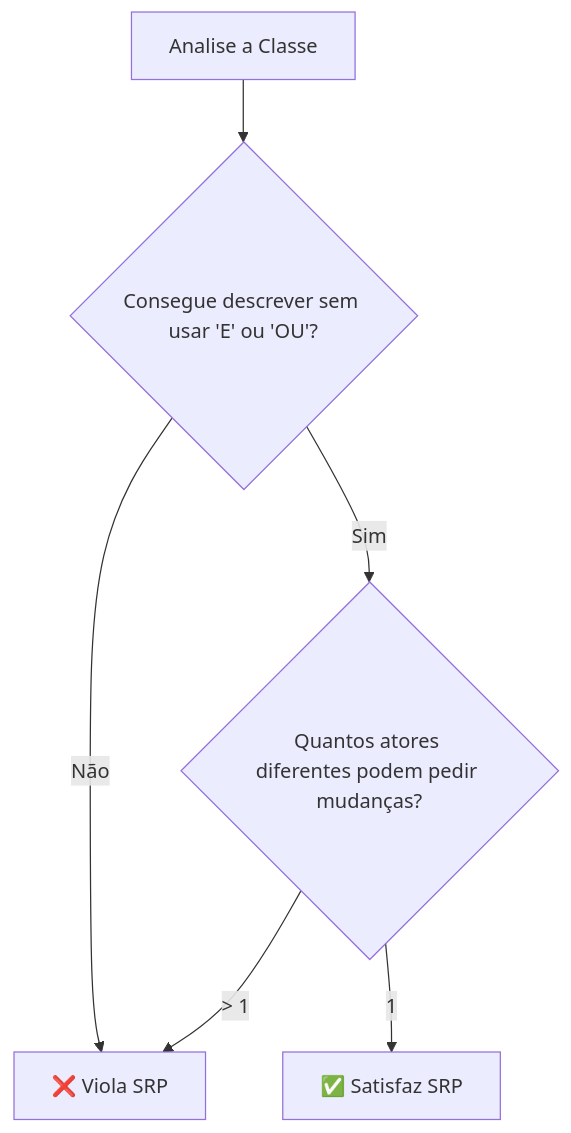
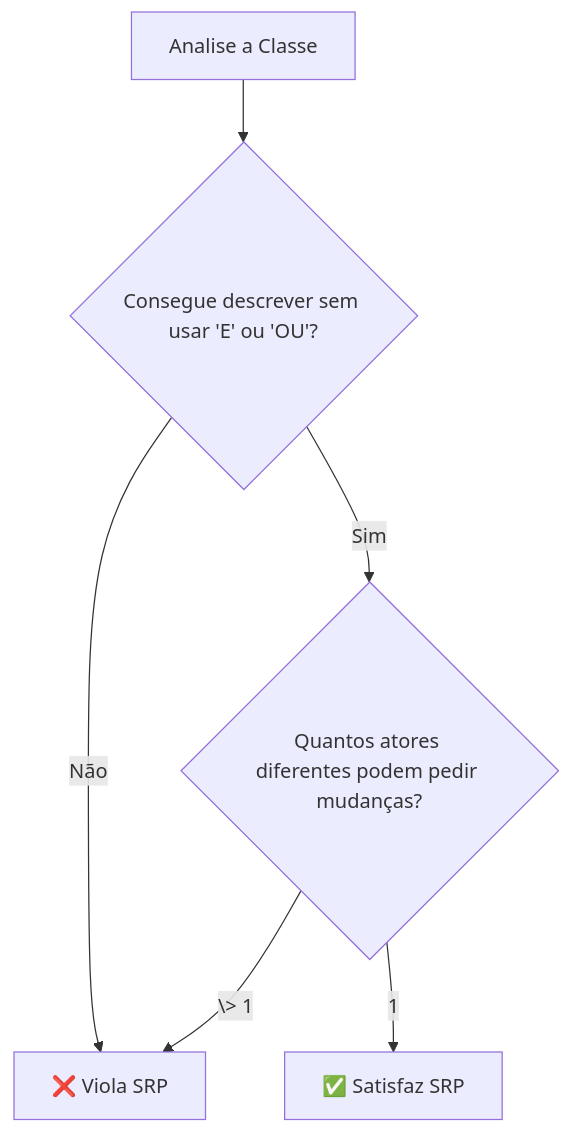
Before and after one commit to jacksonpradolima/poo-advanced: the first of 2 diagrams in docs/aulas/aula-01-apresentacao-disciplina/README.md, drawn with Mermaid. The commit also changed other lines of this file, not shown here.

````diff
--- a/docs/aulas/aula-01-apresentacao-disciplina/README.md
+++ b/docs/aulas/aula-01-apresentacao-disciplina/README.md
@@ -112,8 +112,8 @@
 ```mermaid
 graph TD
     A[Analise a Classe] --> B{Consegue descrever sem usar 'E' ou 'OU'?}
     B -->|Não| C[❌ Viola SRP]
     B -->|Sim| D{Quantos atores diferentes podem pedir mudanças?}
-    D -->|> 1| C
+    D -->|\> 1| C
     D -->|1| E[✅ Satisfaz SRP]
 ```
````
